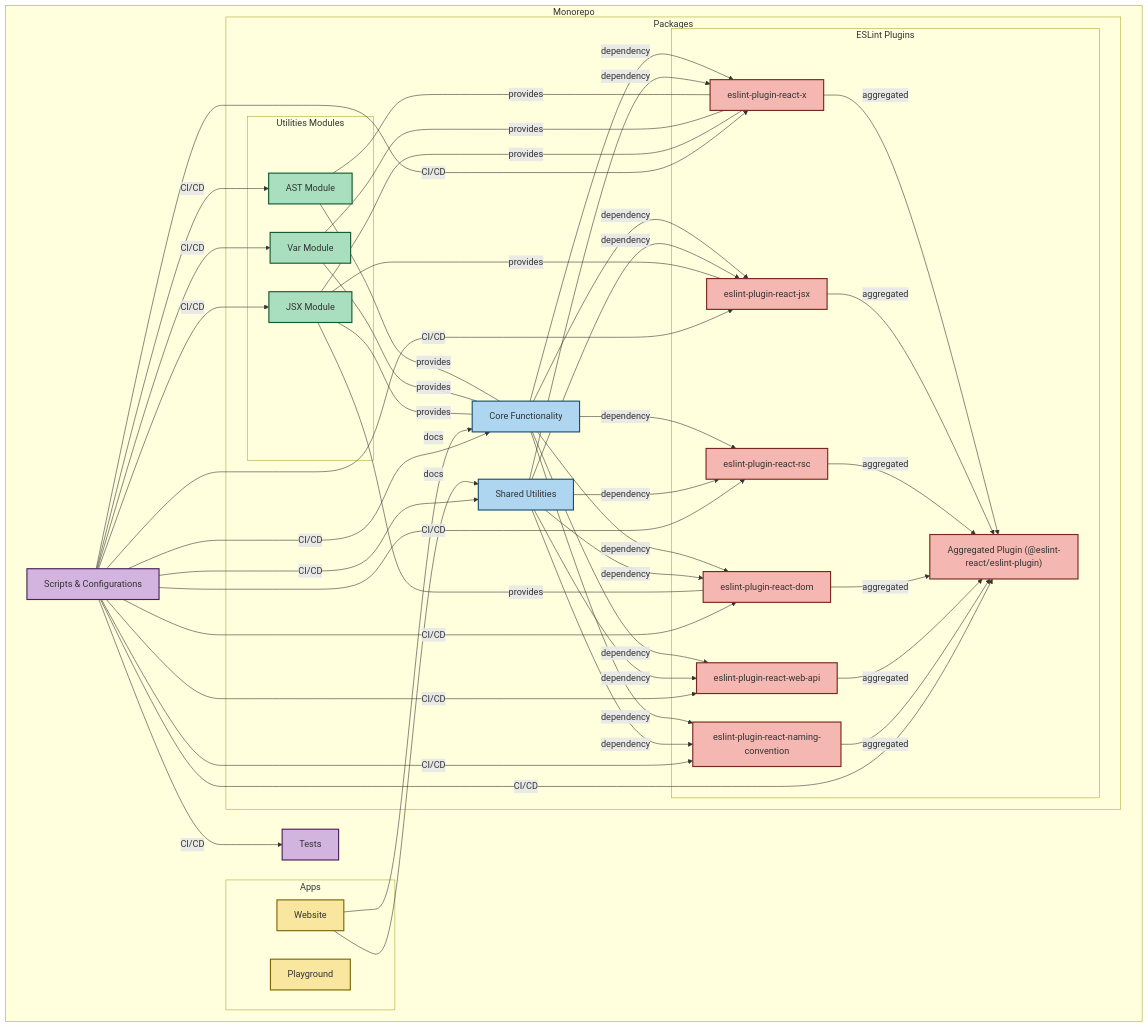
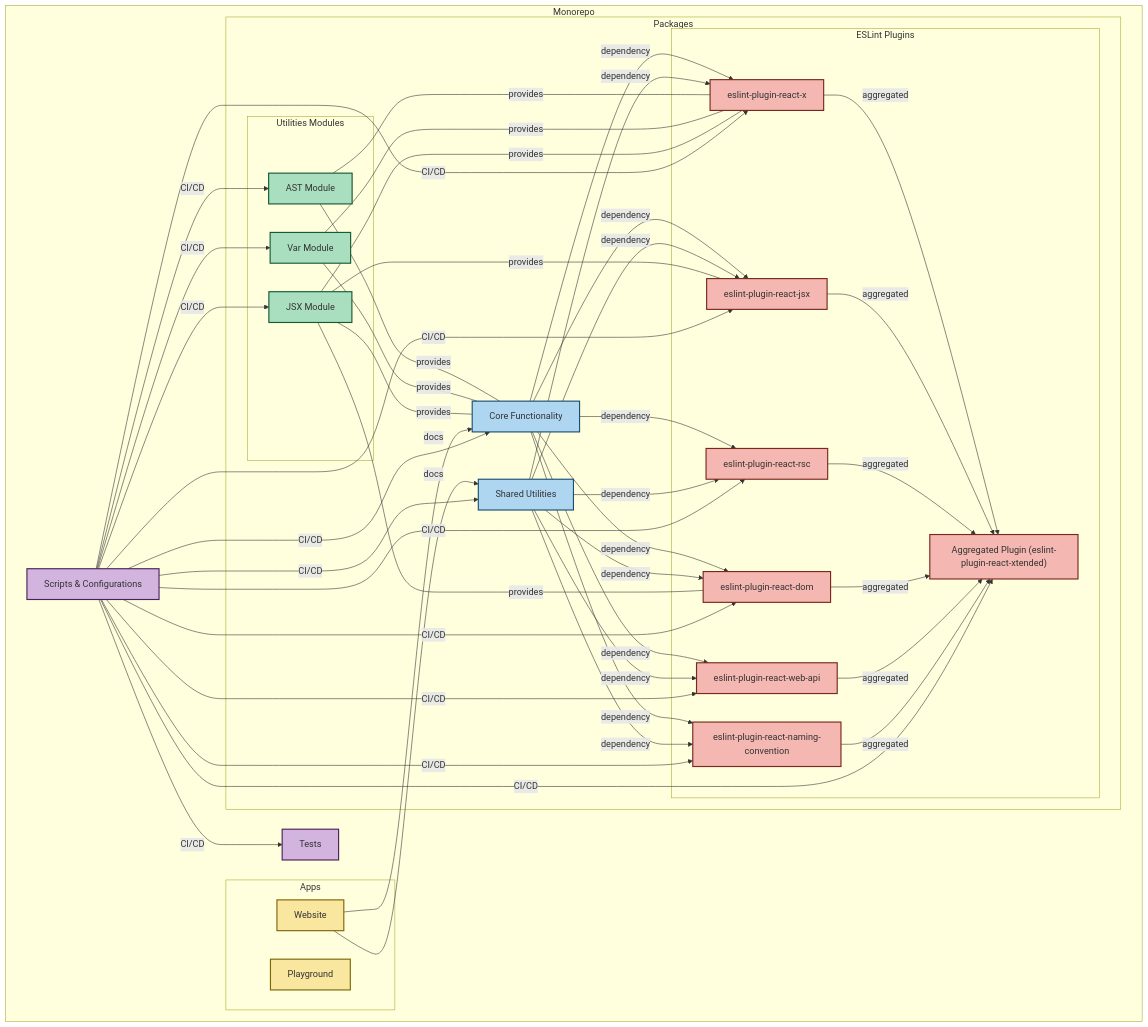
One commit to Rel1cx/eslint-react changed the diagram in apps/website/content/docs/contributing.mdx. Above: the diagram before and after it, drawn with Mermaid. The commit also changed other lines of this file and 952 other files, not shown here.

```diff
--- a/apps/website/content/docs/contributing.mdx
+++ b/apps/website/content/docs/contributing.mdx
@@ -40,7 +40,7 @@
                 ReactDOM["eslint-plugin-react-dom"]:::plugins
                 ReactWebAPI["eslint-plugin-react-web-api"]:::plugins
                 ReactNamingConvention["eslint-plugin-react-naming-convention"]:::plugins
-                ReactAggregated["Aggregated Plugin (@eslint-react/eslint-plugin)"]:::plugins
+                ReactAggregated["Aggregated Plugin (eslint-plugin-react-xtended)"]:::plugins
             end
         end
 
@@ -108,18 +108,18 @@
     %% Click Events
     click Website "https://github.com/rel1cx/eslint-react/tree/main/apps/website"
     click Playground "https://github.com/rel1cx/eslint-react/tree/main/apps/playground"
-    click Core "https://github.com/rel1cx/eslint-react/tree/main/packages/core"
-    click Shared "https://github.com/rel1cx/eslint-react/tree/main/packages/shared"
-    click AST "https://github.com/rel1cx/eslint-react/tree/main/packages/utilities/ast"
-    click Var "https://github.com/rel1cx/eslint-react/tree/main/packages/utilities/var"
-    click JSX "https://github.com/rel1cx/eslint-react/tree/main/packages/utilities/jsx"
-    click ReactX "https://github.com/rel1cx/eslint-react/tree/main/packages/plugins/eslint-plugin-react-x"
-    click ReactJSX "https://github.com/rel1cx/eslint-react/tree/main/packages/plugins/eslint-plugin-react-jsx"
-    click ReactRSC "https://github.com/rel1cx/eslint-react/tree/main/packages/plugins/eslint-plugin-react-rsc"
-    click ReactDOM "https://github.com/rel1cx/eslint-react/tree/main/packages/plugins/eslint-plugin-react-dom"
-    click ReactWebAPI "https://github.com/rel1cx/eslint-react/tree/main/packages/plugins/eslint-plugin-react-web-api"
-    click ReactNamingConvention "https://github.com/rel1cx/eslint-react/tree/main/packages/plugins/eslint-plugin-react-naming-convention"
-    click ReactAggregated "https://github.com/rel1cx/eslint-react/tree/main/packages/plugins/eslint-plugin"
+    click Core "https://github.com/rel1cx/eslint-react/tree/main/packages/@eslint-react/core"
+    click Shared "https://github.com/rel1cx/eslint-react/tree/main/packages/@eslint-react/shared"
+    click AST "https://github.com/rel1cx/eslint-react/tree/main/packages/@eslint-react/ast"
+    click Var "https://github.com/rel1cx/eslint-react/tree/main/packages/@eslint-react/var"
+    click JSX "https://github.com/rel1cx/eslint-react/tree/main/packages/@eslint-react/jsx"
+    click ReactX "https://github.com/rel1cx/eslint-react/tree/main/packages/eslint-plugin-react-x"
+    click ReactJSX "https://github.com/rel1cx/eslint-react/tree/main/packages/eslint-plugin-react-jsx"
+    click ReactRSC "https://github.com/rel1cx/eslint-react/tree/main/packages/eslint-plugin-react-rsc"
+    click ReactDOM "https://github.com/rel1cx/eslint-react/tree/main/packages/eslint-plugin-react-dom"
+    click ReactWebAPI "https://github.com/rel1cx/eslint-react/tree/main/packages/eslint-plugin-react-web-api"
+    click ReactNamingConvention "https://github.com/rel1cx/eslint-react/tree/main/packages/eslint-plugin-react-naming-convention"
+    click ReactAggregated "https://github.com/rel1cx/eslint-react/tree/main/packages/eslint-plugin-react-xtended"
     click Scripts "https://github.com/rel1cx/eslint-react/tree/main/scripts"
     click Tests "https://github.com/rel1cx/eslint-react/tree/main/test"
 
```
